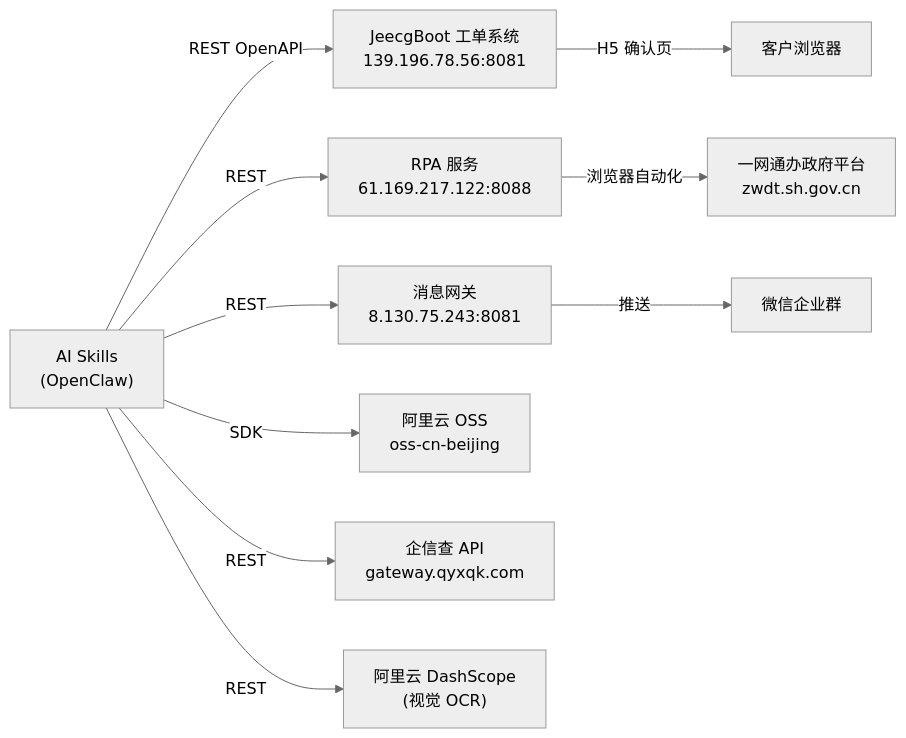
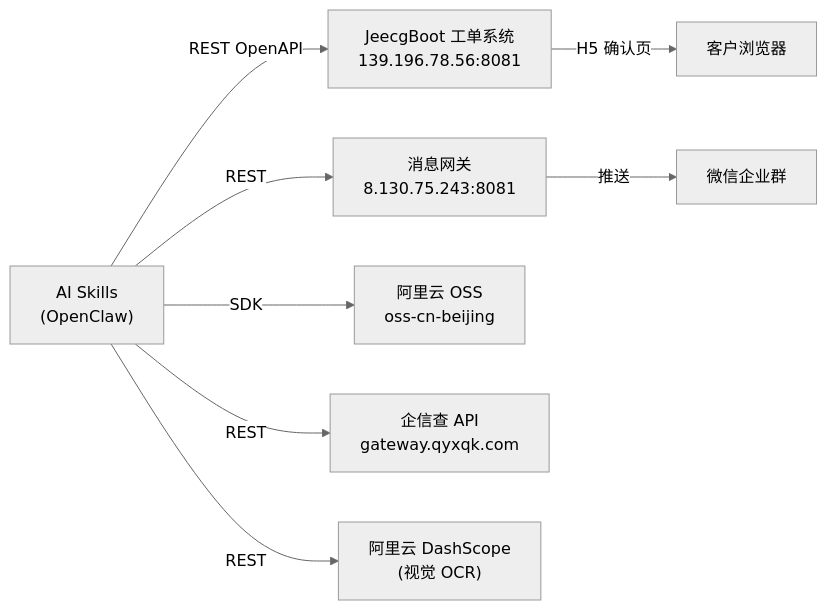
One commit to jaff521/edonesoft-ai changed the second of 2 diagrams in PROJECT_DOCUMENTATION.md. Above: the diagram before and after it, drawn with Mermaid (neutral theme). The commit also changed other lines of this file and 38 other files, not shown here.

Commit message:
refactor(structure): re-organize skills under enterprise-cs/skills and hr-assistant/skills according to OpenClaw workspace spec, remove deprecated ic-rpa-executor

````diff
--- a/PROJECT_DOCUMENTATION.md
+++ b/PROJECT_DOCUMENTATION.md
@@ -505,15 +238,13 @@
 ```mermaid
 graph LR
     Skills["AI Skills\n(OpenClaw)"]
 
     Skills -->|REST OpenAPI| BizOrder["JeecgBoot 工单系统\n139.196.78.56:8081"]
-    Skills -->|REST| RPA["RPA 服务\n61.169.217.122:8088"]
     Skills -->|REST| Gateway["消息网关\n8.130.75.243:8081"]
     Skills -->|SDK| OSS["阿里云 OSS\noss-cn-beijing"]
     Skills -->|REST| QYXQK["企信查 API\ngateway.qyxqk.com"]
     Skills -->|REST| DashScope["阿里云 DashScope\n(视觉 OCR)"]
 
     Gateway -->|推送| WeChat["微信企业群"]
-    RPA -->|浏览器自动化| GovPortal["一网通办政府平台\nzwdt.sh.gov.cn"]
     BizOrder -->|H5 确认页| Client["客户浏览器"]
 ```
````
